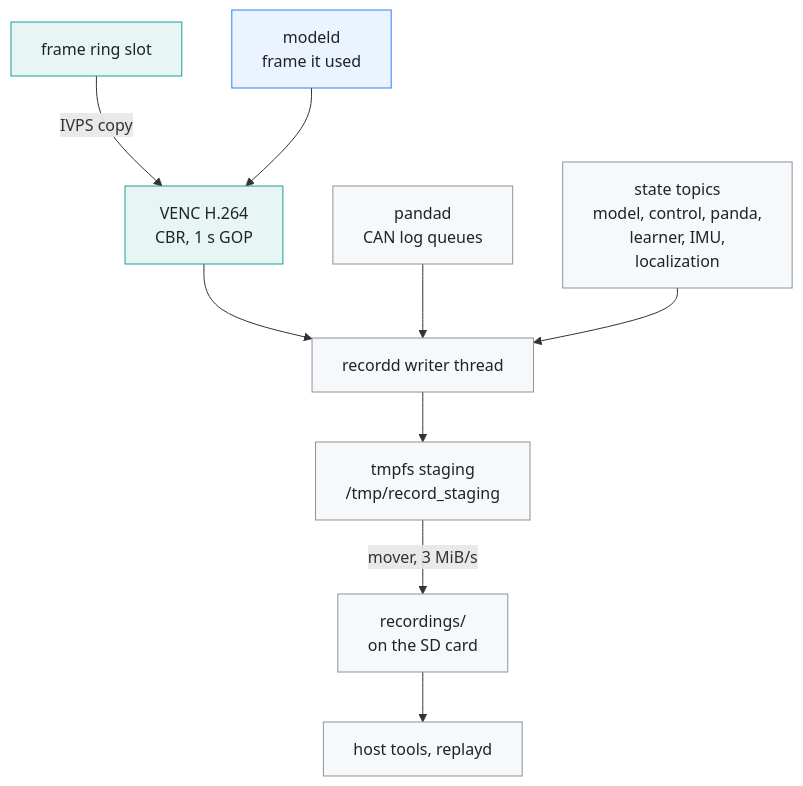
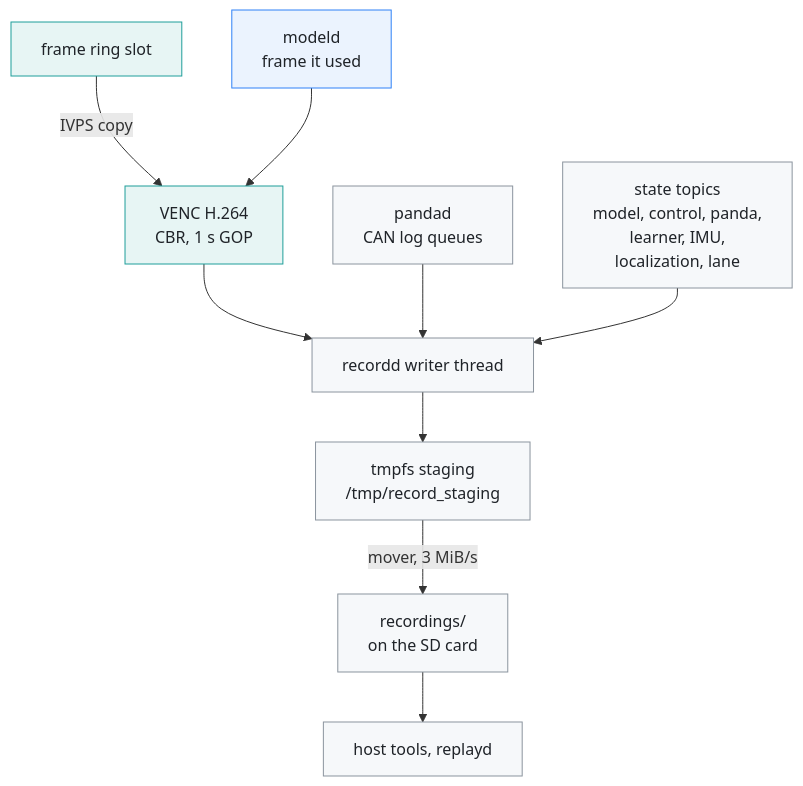
Before and after one commit to Deggory/edgepilot: the first of 3 diagrams in docs/recording.md, drawn with Mermaid. The commit also changed other lines of this file and 38 other files, not shown here.

````diff
--- a/docs/recording.md
+++ b/docs/recording.md
@@ -14,17 +14,17 @@
 ```mermaid
 flowchart TB
     ring["frame ring slot"] -- "IVPS copy" --> venc["VENC H.264<br>CBR, 1 s GOP"]
     modeld["modeld<br>frame it used"] --> venc
     venc --> writer["recordd writer thread"]
     can["pandad<br>CAN log queues"] --> writer
-    states["state topics<br>model, control, panda,<br>learner, IMU,<br>localization"] --> writer
+    states["state topics<br>model, control, panda,<br>learner, IMU,<br>localization, lane"] --> writer
     writer --> staging["tmpfs staging<br>/tmp/record_staging"]
     staging -- "mover, 3 MiB/s" --> sd["recordings/<br>on the SD card"]
     sd --> readers["host tools, replayd"]
     classDef pixel fill:#e7f5f4,stroke:#1f9e9a,color:#1f2328
     classDef compute fill:#ebf3fe,stroke:#2f81f7,color:#1f2328
     classDef proc fill:#f6f8fa,stroke:#8b949e,color:#1f2328
     class ring,venc pixel
     class modeld compute
     class writer,can,states,staging,sd,readers proc
 ```
````
